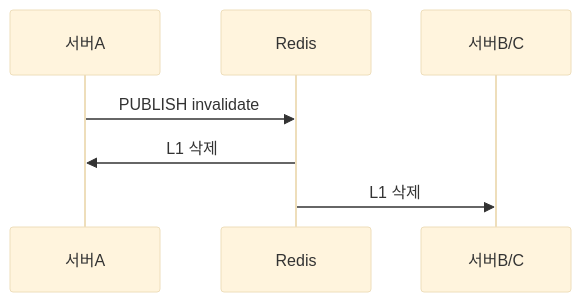
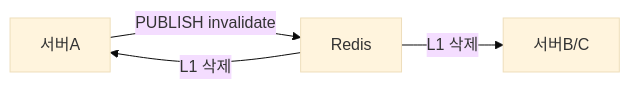
One commit to yjkim2015/yjkim2015.github.io changed the sixth of 8 diagrams in _posts/caching/2026-05-03-cache-invalidation.md. Above: the diagram before and after it, drawn with Mermaid (base theme). The commit also changed other lines of this file and 84 other files, not shown here.

First line of the commit message:
85개 포스트 Mermaid 다이어그램 규칙 일괄 수정

````diff
--- a/_posts/caching/2026-05-03-cache-invalidation.md
+++ b/_posts/caching/2026-05-03-cache-invalidation.md
@@ -404,6 +410,9 @@
 ```mermaid
-sequenceDiagram
-    서버A->>Redis: PUBLISH invalidate
-    Redis->>서버A: L1 삭제
-    Redis->>서버B/C: L1 삭제
+graph LR
+    SA["서버A"]
+    R["Redis"]
+    SB["서버B/C"]
+    SA -->|"PUBLISH invalidate"| R
+    R -->|"L1 삭제"| SA
+    R -->|"L1 삭제"| SB
 ```
````
